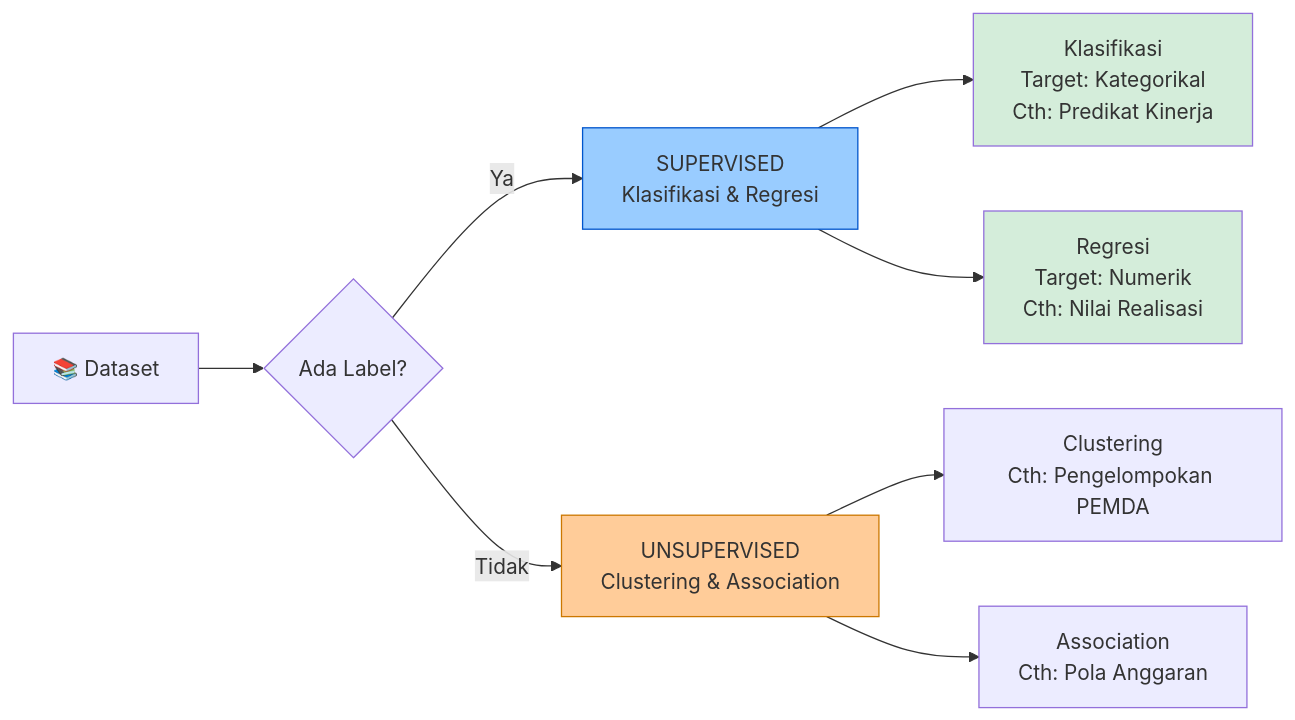
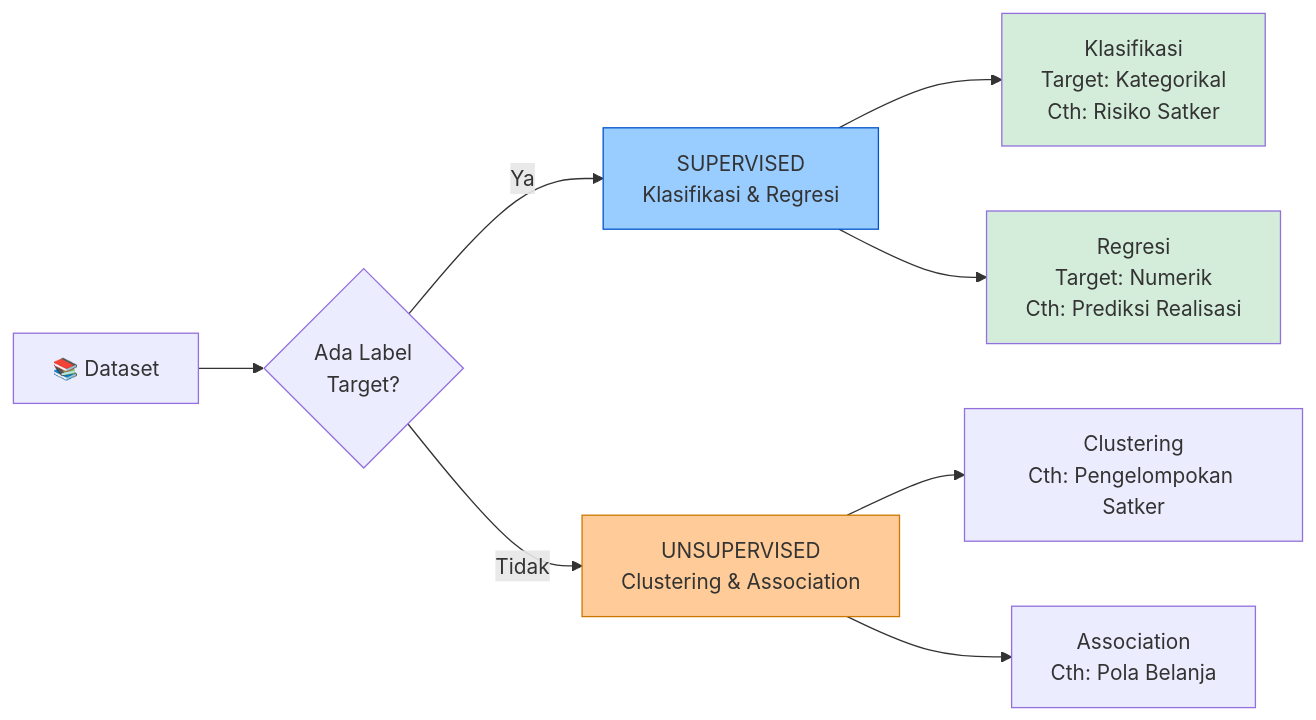
Before and after one commit to petanidata/ADKSP: the first of 4 diagrams in Materi Pendukung/03-Classification/klasifikasi.md, drawn with Mermaid. The commit also changed other lines of this file and 6 other files, not shown here.

````diff
--- a/Materi Pendukung/03-Classification/klasifikasi.md
+++ b/Materi Pendukung/03-Classification/klasifikasi.md
@@ -13,16 +26,16 @@
 ```mermaid
 graph LR
-    A["📚 Dataset"] --> B{"Ada Label?"}
+    A["📚 Dataset"] --> B{"Ada Label\nTarget?"}
     B -- Ya --> C["SUPERVISED\nKlasifikasi & Regresi"]
     B -- Tidak --> D["UNSUPERVISED\nClustering & Association"]
 
-    C --> E["Klasifikasi\nTarget: Kategorikal\nCth: Predikat Kinerja"]
-    C --> F["Regresi\nTarget: Numerik\nCth: Nilai Realisasi"]
-    D --> G["Clustering\nCth: Pengelompokan PEMDA"]
-    D --> H["Association\nCth: Pola Anggaran"]
+    C --> E["Klasifikasi\nTarget: Kategorikal\nCth: Risiko Satker"]
+    C --> F["Regresi\nTarget: Numerik\nCth: Prediksi Realisasi"]
+    D --> G["Clustering\nCth: Pengelompokan Satker"]
+    D --> H["Association\nCth: Pola Belanja"]
 
     style C fill:#99ccff,stroke:#0055cc
     style D fill:#ffcc99,stroke:#cc7700
     style E fill:#d4edda
     style F fill:#d4edda
 ```
````
